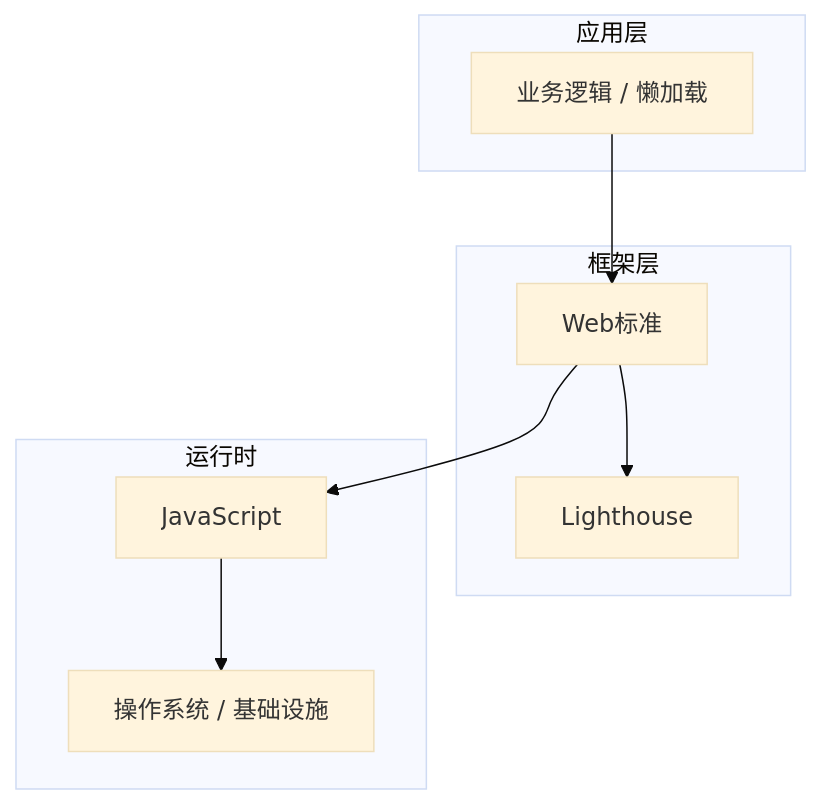
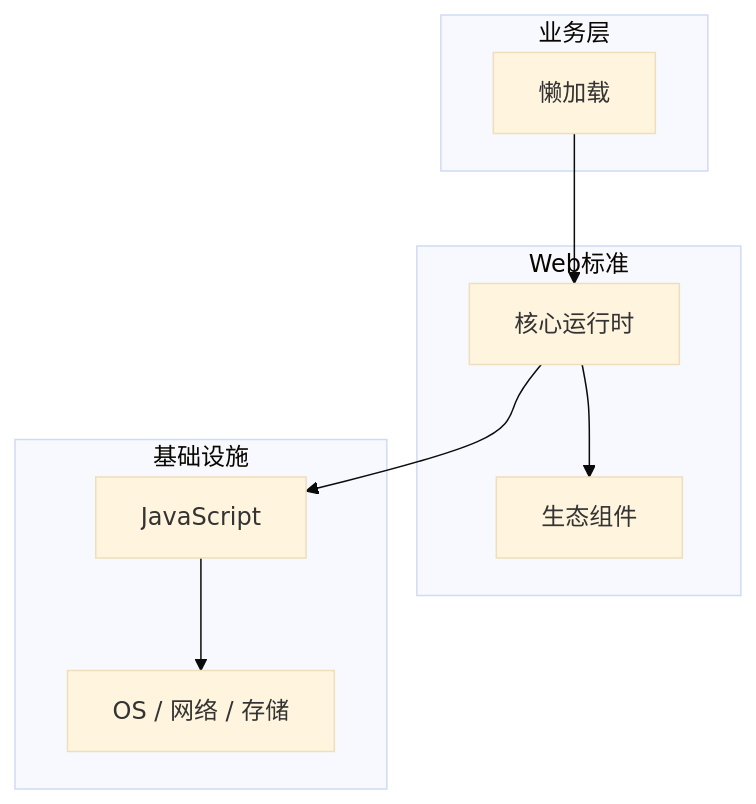
Before and after one commit to yanggan2015/knowledge-json-v2: the diagram in articles/Web性能优化/chapters/043-懒加载核心概念与原理.md, drawn with Mermaid (base theme). The commit also changed other lines of this file and 10127 other files, not shown here.

````diff
--- a/articles/Web性能优化/chapters/043-懒加载核心概念与原理.md
+++ b/articles/Web性能优化/chapters/043-懒加载核心概念与原理.md
@@ -45,18 +34,18 @@
 ```mermaid
 graph TB
-    subgraph 应用层
-        A[业务逻辑 / 懒加载]
+    subgraph 业务层
+        A[懒加载]
     end
-    subgraph 框架层
-        B[Web标准]
-        C[Lighthouse]
+    subgraph Web标准
+        B[核心运行时]
+        C[生态组件]
     end
-    subgraph 运行时
+    subgraph 基础设施
         D[JavaScript]
-        E[操作系统 / 基础设施]
+        E[OS / 网络 / 存储]
     end
     A --> B
     B --> C
     B --> D
     D --> E
 ```
````
